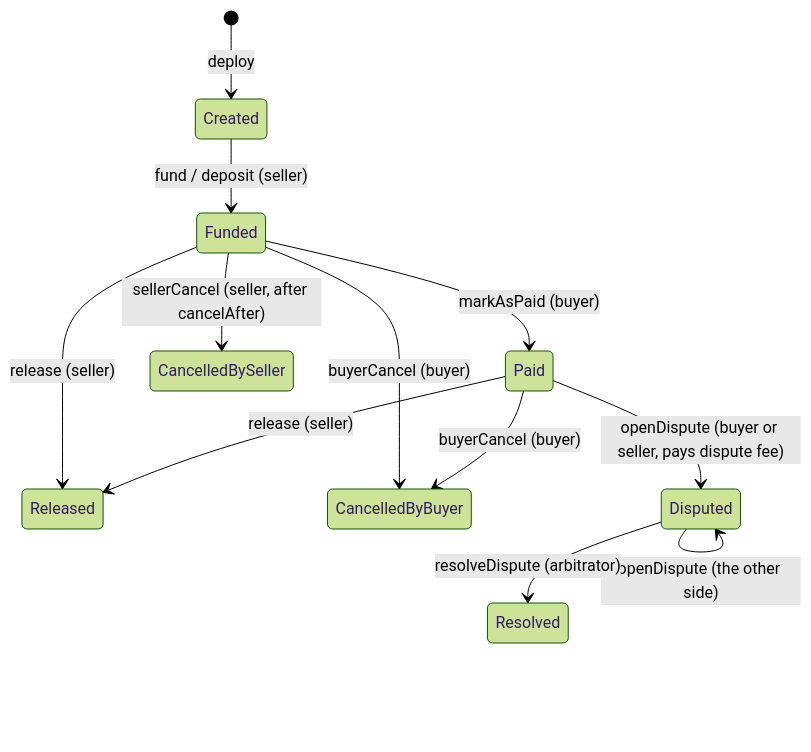
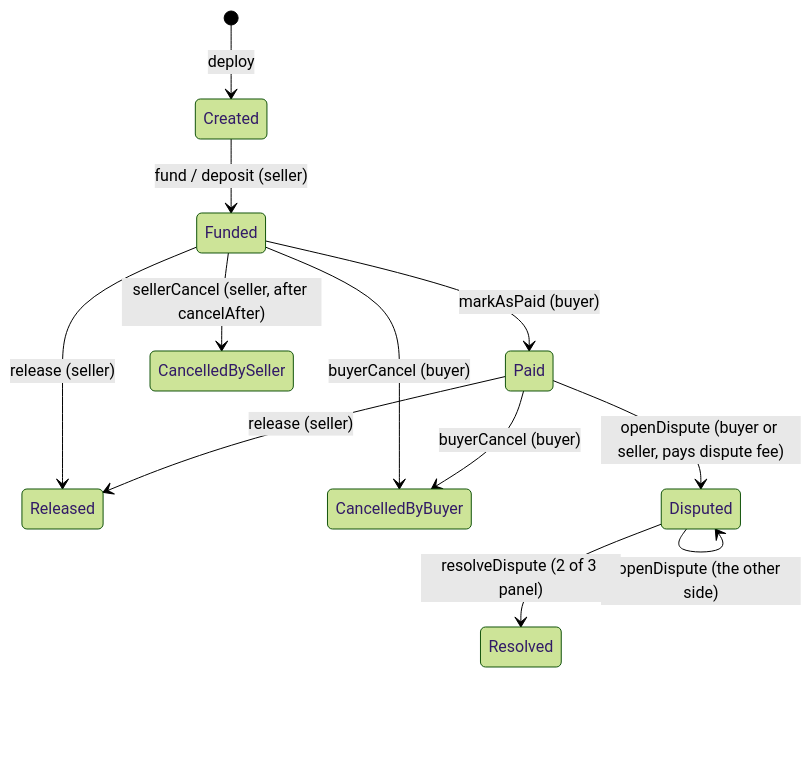
The diagram in docs/SPEC.md (aimanmalib/jamin), drawn with Mermaid (forest theme) before and after one commit. The commit also changed other lines of this file and 6 other files, not shown here.

````diff
--- a/docs/SPEC.md
+++ b/docs/SPEC.md
@@ -59,14 +59,14 @@
 ```mermaid
 stateDiagram-v2
     [*] --> Created: deploy
     Created --> Funded: fund / deposit (seller)
     Funded --> Paid: markAsPaid (buyer)
     Funded --> Released: release (seller)
     Paid --> Released: release (seller)
     Funded --> CancelledByBuyer: buyerCancel (buyer)
     Paid --> CancelledByBuyer: buyerCancel (buyer)
     Funded --> CancelledBySeller: sellerCancel (seller, after cancelAfter)
     Paid --> Disputed: openDispute (buyer or seller, pays dispute fee)
     Disputed --> Disputed: openDispute (the other side)
-    Disputed --> Resolved: resolveDispute (arbitrator)
+    Disputed --> Resolved: resolveDispute (2 of 3 panel)
 ```
````
